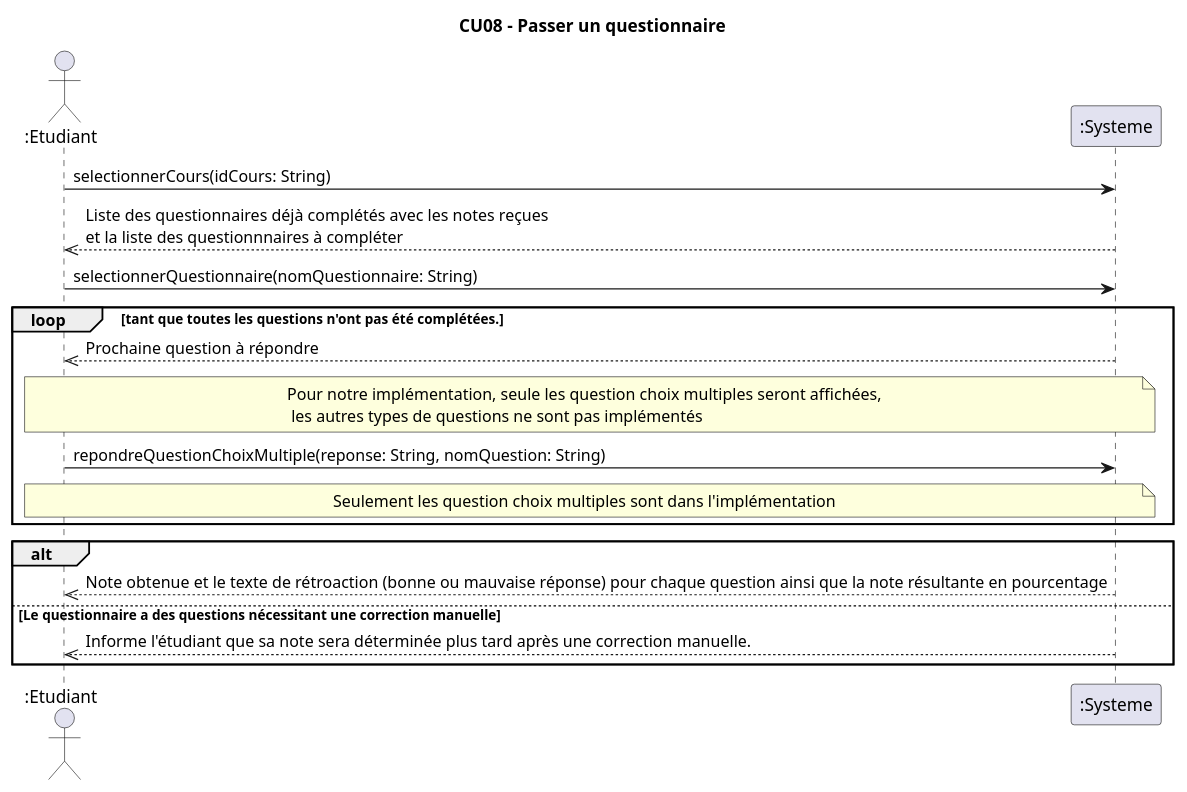
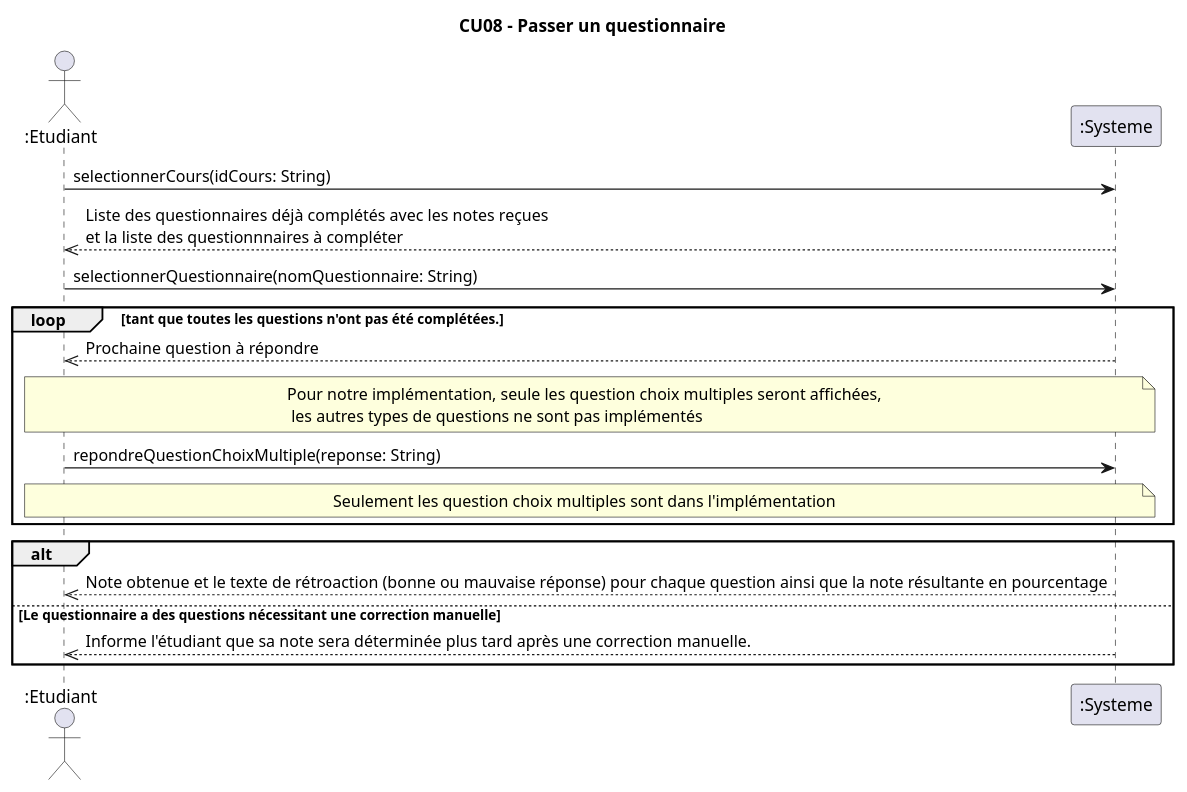
Before and after one commit to xMrYahya/moodle-clone: the diagram in docs/modeles/cu08/dss-passer-questionnaire.puml, drawn with PlantUML. The commit also changed 4 other files, not shown here.

```diff
--- a/docs/modeles/cu08/dss-passer-questionnaire.puml
+++ b/docs/modeles/cu08/dss-passer-questionnaire.puml
@@ -1,24 +1,24 @@
 @startuml
 title CU08 - Passer un questionnaire
 actor ":Etudiant" as e
 participant ":Systeme" as s
 
 e -> s : selectionnerCours(idCours: String) 
 s -->> e : Liste des questionnaires déjà complétés avec les notes reçues\net la liste des questionnnaires à compléter
 'Possiblement afficher les deux dans des sections différentes
 e -> s : selectionnerQuestionnaire(nomQuestionnaire: String)
 loop tant que toutes les questions n'ont pas été complétées.
 
 s -->> e : Prochaine question à répondre
 note over e,s : Pour notre implémentation, seule les question choix multiples seront affichées,\n les autres types de questions ne sont pas implémentés
-e -> s : repondreQuestionChoixMultiple(reponse: String, nomQuestion: String) 
+e -> s : repondreQuestionChoixMultiple(reponse: String) 
 note over e,s : Seulement les question choix multiples sont dans l'implémentation
 end loop
 alt 
 s-->> e : Note obtenue et le texte de rétroaction (bonne ou mauvaise réponse) pour chaque question ainsi que la note résultante en pourcentage
 
 else Le questionnaire a des questions nécessitant une correction manuelle
 s-->> e : Informe l'étudiant que sa note sera déterminée plus tard après une correction manuelle.
 end alt
 
 @enduml
```
